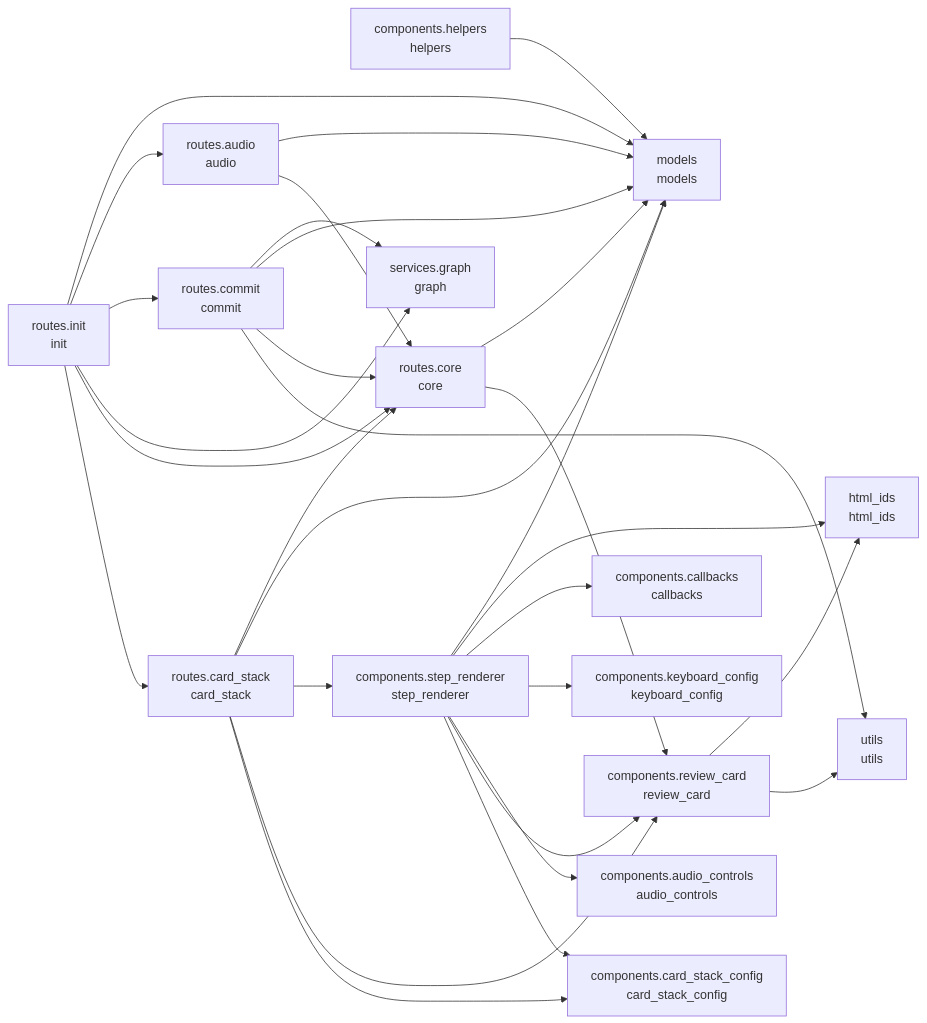
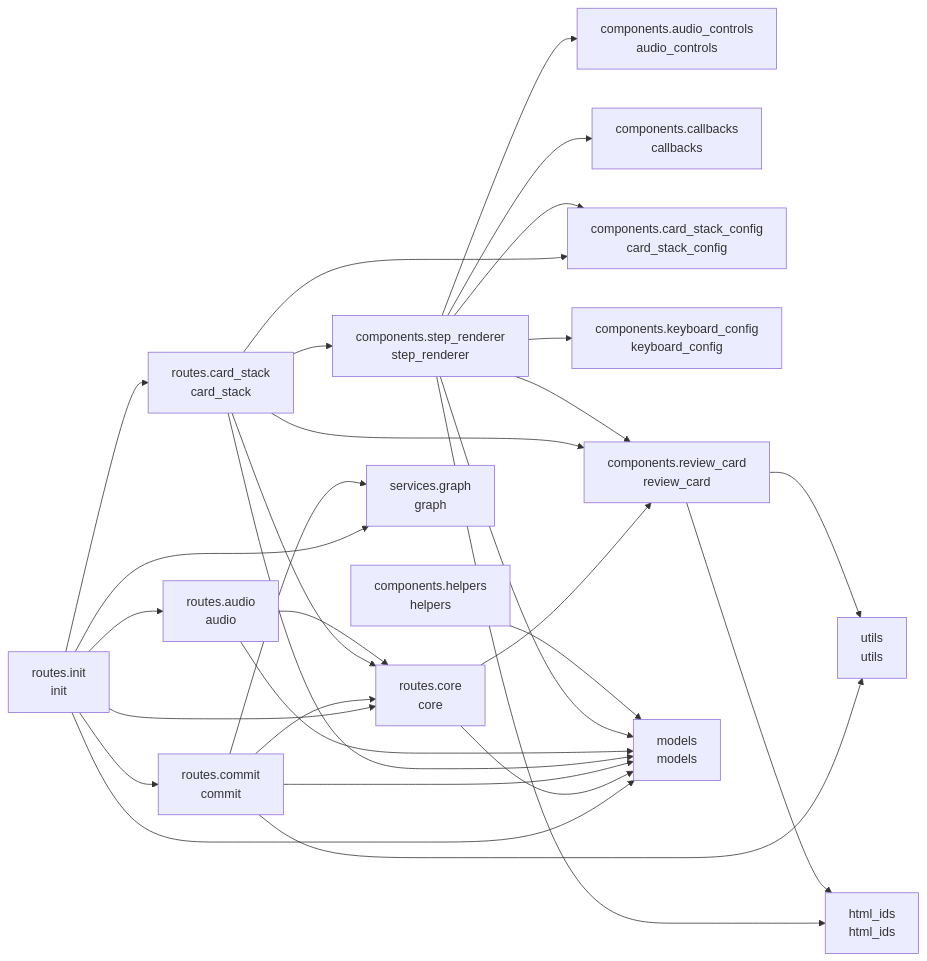
One commit to cj-mills/cjm-transcript-review changed the diagram in README.md. Above: the diagram before and after it, drawn with Mermaid. The commit also changed other lines of this file and 3 other files, not shown here.

Commit message:
Add render_width_slider(REVIEW_CS_CONFIG, REVIEW_CS_IDS, card_width=card_width) between the toolbar and content in render_review_step.

````diff
--- a/README.md
+++ b/README.md
@@ -39,49 +39,49 @@
 ``` mermaid
 graph LR
     components_audio_controls[components.audio_controls<br/>audio_controls]
     components_callbacks[components.callbacks<br/>callbacks]
     components_card_stack_config[components.card_stack_config<br/>card_stack_config]
     components_helpers[components.helpers<br/>helpers]
     components_keyboard_config[components.keyboard_config<br/>keyboard_config]
     components_review_card[components.review_card<br/>review_card]
     components_step_renderer[components.step_renderer<br/>step_renderer]
     html_ids[html_ids<br/>html_ids]
     models[models<br/>models]
     routes_audio[routes.audio<br/>audio]
     routes_card_stack[routes.card_stack<br/>card_stack]
     routes_commit[routes.commit<br/>commit]
     routes_core[routes.core<br/>core]
     routes_init[routes.init<br/>init]
     services_graph[services.graph<br/>graph]
     utils[utils<br/>utils]
 
     components_helpers --> models
+    components_review_card --> utils
     components_review_card --> html_ids
-    components_review_card --> utils
+    components_step_renderer --> components_review_card
+    components_step_renderer --> components_card_stack_config
     components_step_renderer --> models
+    components_step_renderer --> components_callbacks
     components_step_renderer --> html_ids
-    components_step_renderer --> components_callbacks
     components_step_renderer --> components_keyboard_config
     components_step_renderer --> components_audio_controls
-    components_step_renderer --> components_review_card
-    components_step_renderer --> components_card_stack_config
+    routes_audio --> routes_core
     routes_audio --> models
-    routes_audio --> routes_core
     routes_card_stack --> routes_core
-    routes_card_stack --> models
-    routes_card_stack --> components_step_renderer
     routes_card_stack --> components_review_card
     routes_card_stack --> components_card_stack_config
-    routes_commit --> services_graph
-    routes_commit --> models
+    routes_card_stack --> components_step_renderer
+    routes_card_stack --> models
     routes_commit --> routes_core
     routes_commit --> utils
+    routes_commit --> models
+    routes_commit --> services_graph
+    routes_core --> components_review_card
     routes_core --> models
-    routes_core --> components_review_card
+    routes_init --> routes_core
+    routes_init --> routes_commit
+    routes_init --> routes_card_stack
     routes_init --> models
     routes_init --> routes_audio
-    routes_init --> routes_commit
     routes_init --> services_graph
-    routes_init --> routes_core
-    routes_init --> routes_card_stack
 ```
````
